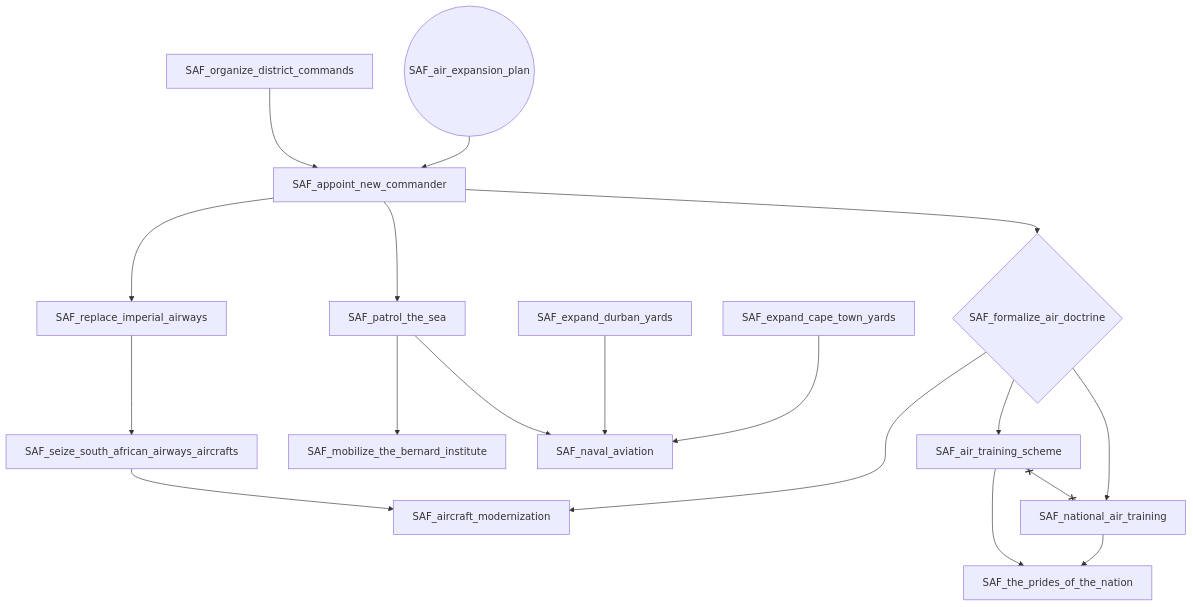
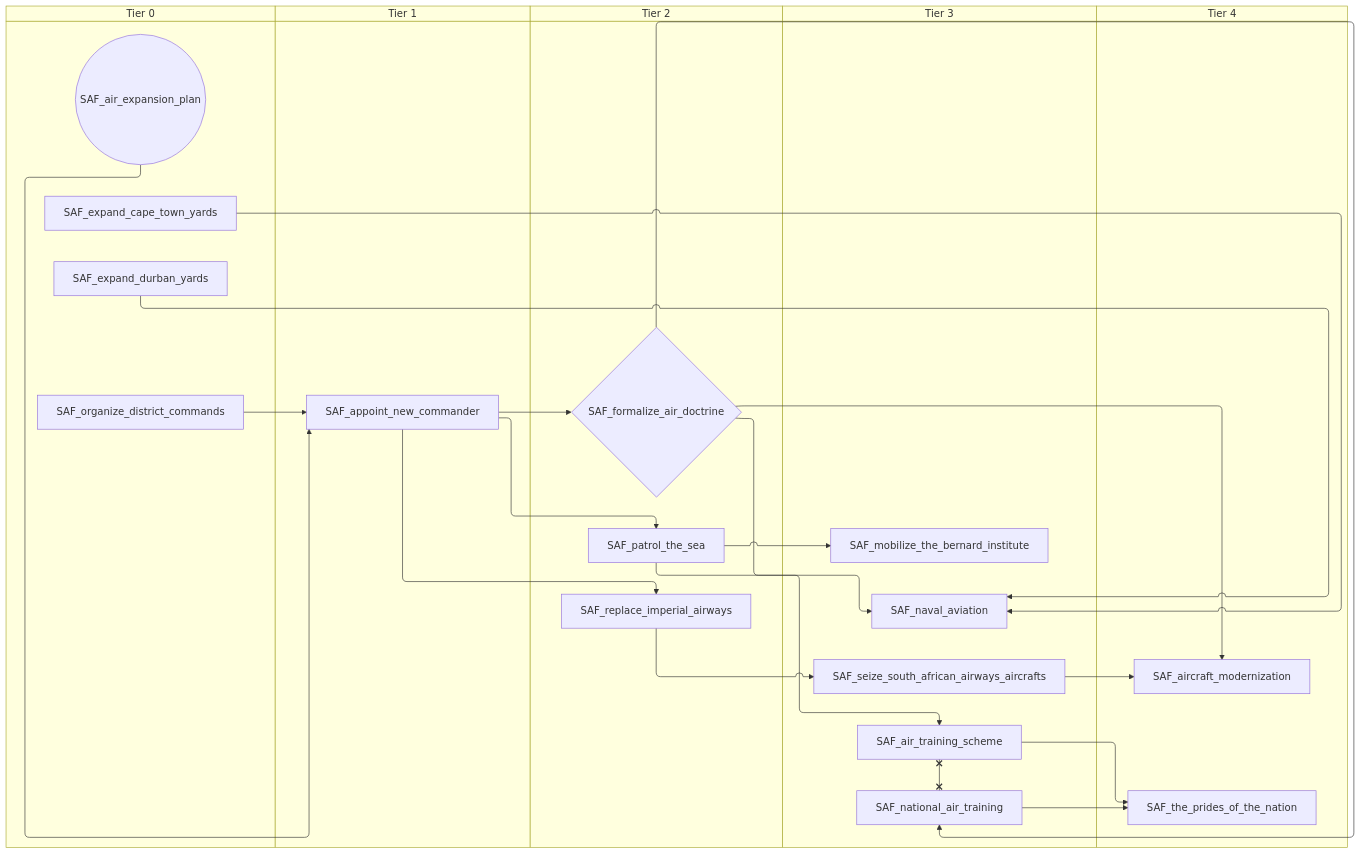
One commit to evgeny-sobol/hoi4-sandbox-mode-r56 changed the first of 6 diagrams in docs/gdd/National Focuses/south_africa.md. Above: the diagram before and after it, drawn with Mermaid. The commit also changed other lines of this file and 423 other files, not shown here.

First line of the commit message:
Re-export Rt56 focus trees as swimlane diagrams

````diff
--- a/docs/gdd/National Focuses/south_africa.md
+++ b/docs/gdd/National Focuses/south_africa.md
@@ -3,35 +3,45 @@
 ```mermaid
-flowchart TD
-    n1(("SAF_air_expansion_plan"))
-    n2["SAF_air_training_scheme"]
-    n3["SAF_aircraft_modernization"]
-    n4["SAF_appoint_new_commander"]
-    n5["SAF_expand_cape_town_yards"]
-    n6["SAF_expand_durban_yards"]
-    n7{"SAF_formalize_air_doctrine"}
-    n8["SAF_mobilize_the_bernard_institute"]
-    n9["SAF_national_air_training"]
-    n10["SAF_naval_aviation"]
-    n11["SAF_organize_district_commands"]
-    n12["SAF_patrol_the_sea"]
-    n13["SAF_replace_imperial_airways"]
-    n14["SAF_seize_south_african_airways_aircrafts"]
-    n15["SAF_the_prides_of_the_nation"]
-    n7 --> n2
-    n7 --> n3
-    n14 --> n3
-    n1 --> n4
-    n11 --> n4
-    n4 --> n7
-    n12 --> n8
-    n7 --> n9
-    n5 --> n10
-    n6 --> n10
-    n12 --> n10
-    n4 --> n12
-    n4 --> n13
+swimlane-beta TD
+    subgraph tier_0["Tier 0"]
+        n1(("SAF_air_expansion_plan"))
+        n2["SAF_expand_cape_town_yards"]
+        n3["SAF_expand_durban_yards"]
+        n4["SAF_organize_district_commands"]
+    end
+    subgraph tier_1["Tier 1"]
+        n5["SAF_appoint_new_commander"]
+    end
+    subgraph tier_2["Tier 2"]
+        n6{"SAF_formalize_air_doctrine"}
+        n7["SAF_patrol_the_sea"]
+        n8["SAF_replace_imperial_airways"]
+    end
+    subgraph tier_3["Tier 3"]
+        n9["SAF_air_training_scheme"]
+        n10["SAF_mobilize_the_bernard_institute"]
+        n11["SAF_national_air_training"]
+        n12["SAF_naval_aviation"]
+        n13["SAF_seize_south_african_airways_aircrafts"]
+    end
+    subgraph tier_4["Tier 4"]
+        n14["SAF_aircraft_modernization"]
+        n15["SAF_the_prides_of_the_nation"]
+    end
+    n6 --> n9
+    n6 --> n14
     n13 --> n14
+    n1 --> n5
+    n4 --> n5
+    n5 --> n6
+    n7 --> n10
+    n6 --> n11
+    n2 --> n12
+    n3 --> n12
+    n7 --> n12
+    n5 --> n7
+    n5 --> n8
+    n8 --> n13
+    n11 --> n15
     n9 --> n15
-    n2 --> n15
-    n2 x--x n9
+    n9 x--x n11
 ```
````
